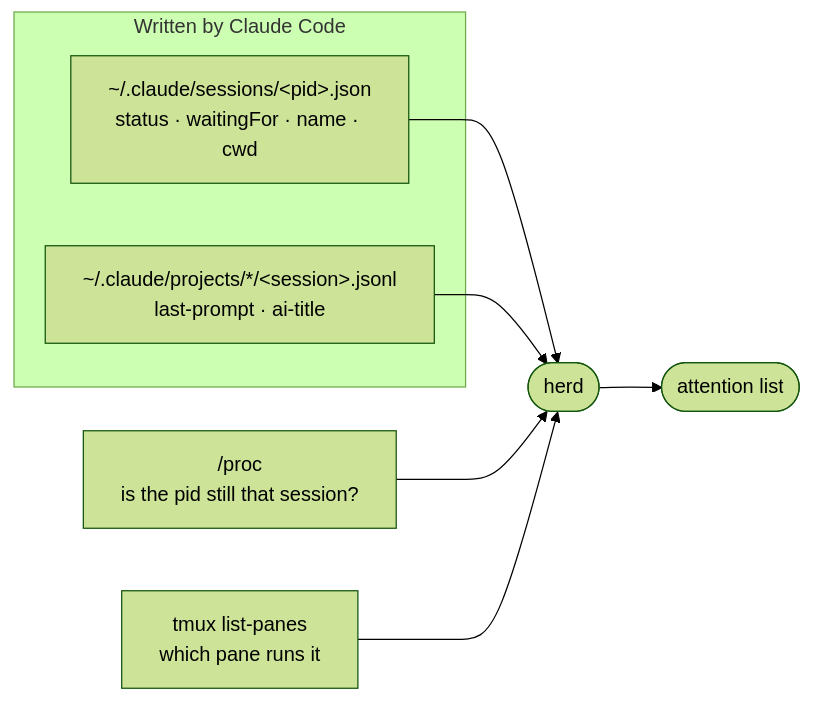
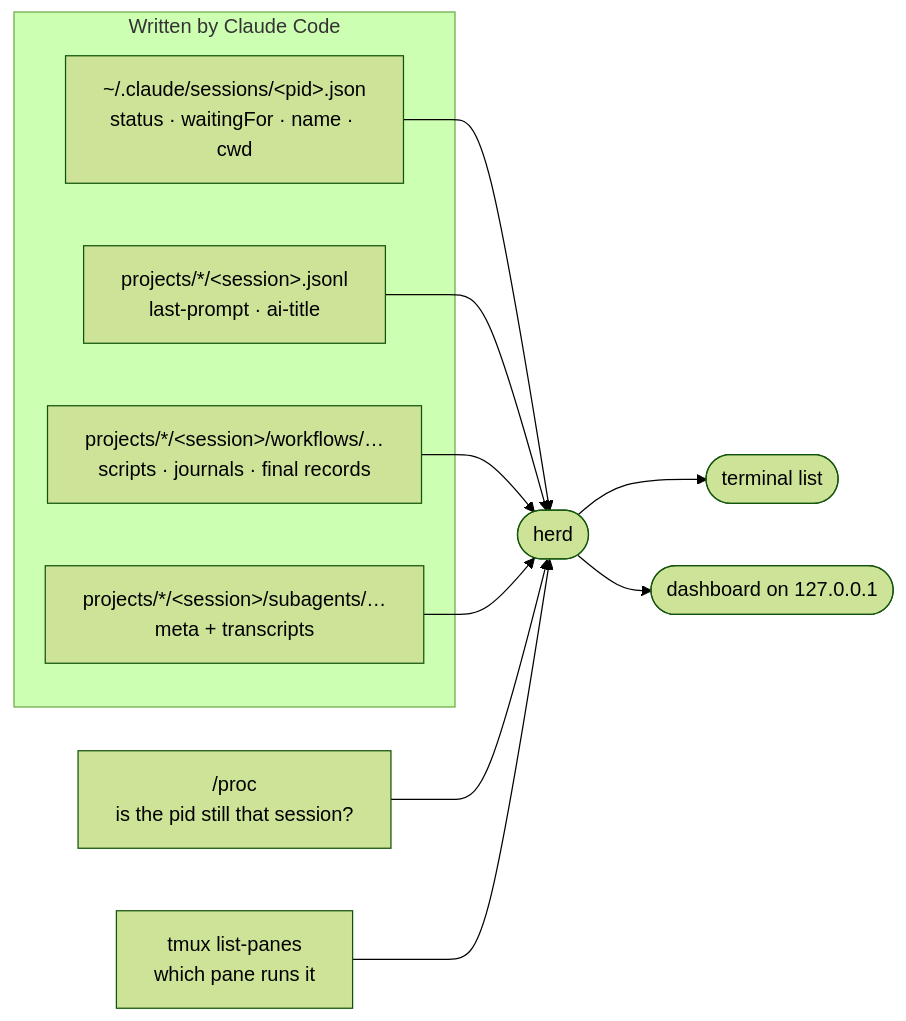
The diagram in harnesses/herd/README.md (SearchingAlpha/claude-dotfiles), drawn with Mermaid (forest theme) before and after one commit. The commit also changed other lines of this file and 6 other files, not shown here.

First line of the commit message:
feat(herd): `herd serve` dashboard — sessions with their workflows underneath

````diff
--- a/harnesses/herd/README.md
+++ b/harnesses/herd/README.md
@@ -7,14 +7,19 @@
 ```mermaid
 flowchart LR
   subgraph cc["Written by Claude Code"]
     reg["~/.claude/sessions/&lt;pid&gt;.json<br/>status · waitingFor · name · cwd"]
-    tr["~/.claude/projects/*/&lt;session&gt;.jsonl<br/>last-prompt · ai-title"]
+    tr["projects/*/&lt;session&gt;.jsonl<br/>last-prompt · ai-title"]
+    wf["projects/*/&lt;session&gt;/workflows/…<br/>scripts · journals · final records"]
+    sub["projects/*/&lt;session&gt;/subagents/…<br/>meta + transcripts"]
   end
   proc["/proc<br/>is the pid still that session?"]
   tmux["tmux list-panes<br/>which pane runs it"]
   reg --> herd(["herd"])
   tr --> herd
+  wf --> herd
+  sub --> herd
   proc --> herd
   tmux --> herd
-  herd --> you(["attention list"])
+  herd --> cli(["terminal list"])
+  herd --> web(["dashboard on 127.0.0.1"])
 ```
````
